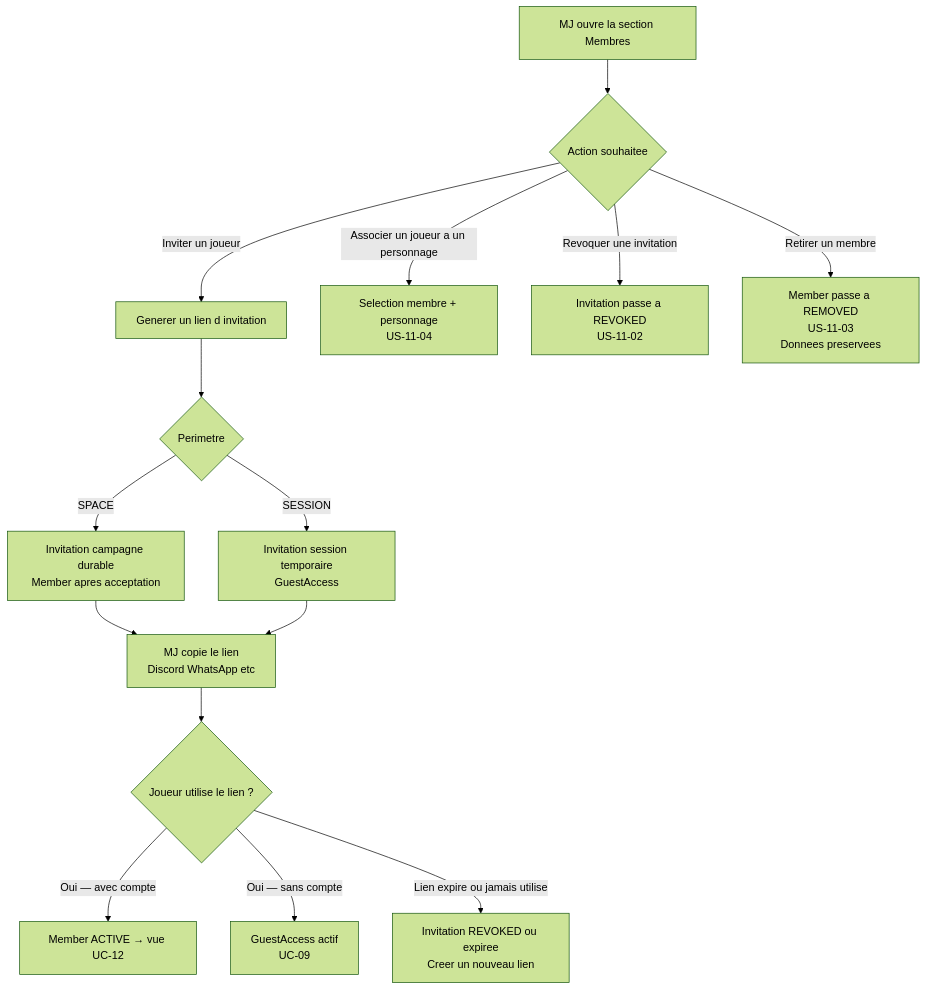
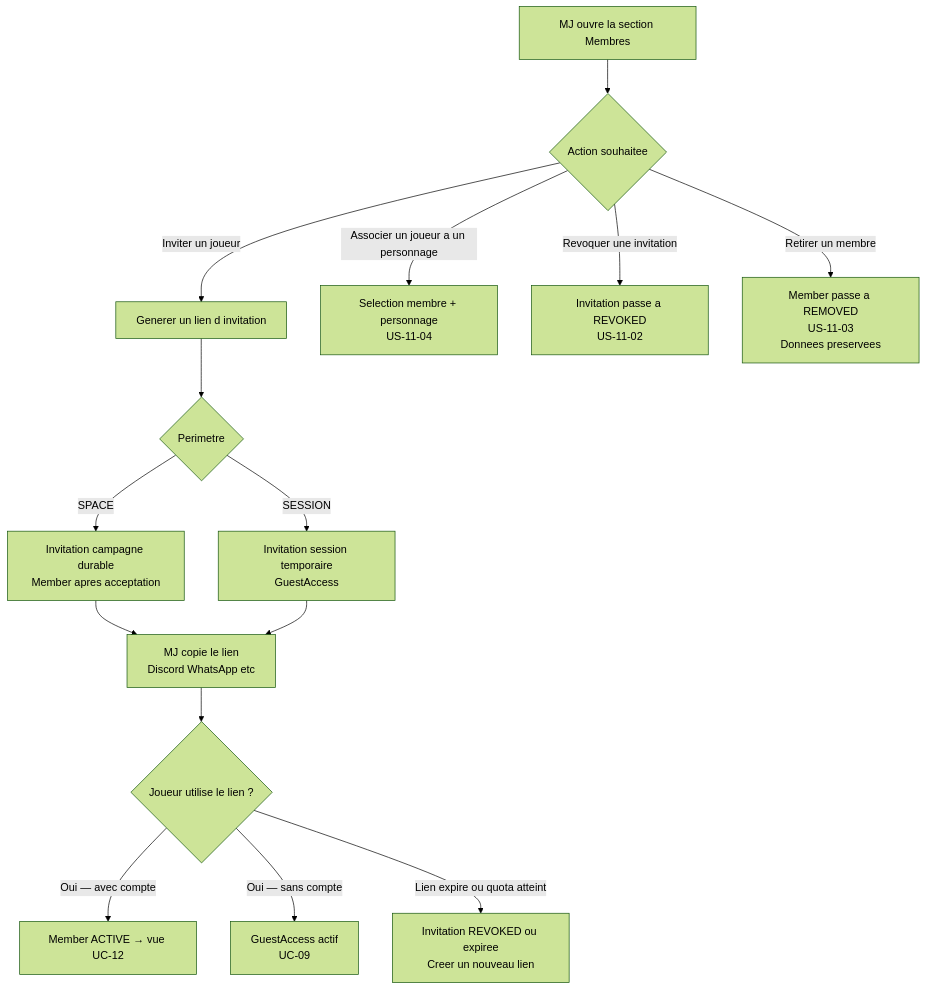
One commit to 2025-10-CDA-ECO-P6/PM-micro-saas changed the first of 2 diagrams in docs/besoin/stories/US-UC-11-gerer-membres-espace-partage.md. Above: the diagram before and after it, drawn with Mermaid (forest theme). The commit also changed 4 other files, not shown here.

First line of the commit message:
docs(stories): aligne les diagrammes des stories sur leurs règles

````diff
--- a/docs/besoin/stories/US-UC-11-gerer-membres-espace-partage.md
+++ b/docs/besoin/stories/US-UC-11-gerer-membres-espace-partage.md
@@ -55,21 +55,21 @@
 ```mermaid
 flowchart TD
     MJ[MJ ouvre la section Membres] --> A{Action souhaitee}
 
     A -->|Inviter un joueur| B[Generer un lien d invitation]
     B --> C{Perimetre}
     C -->|SPACE| D[Invitation campagne durable\nMember apres acceptation]
     C -->|SESSION| E[Invitation session temporaire\nGuestAccess]
 
     D --> F[MJ copie le lien\nDiscord WhatsApp etc]
     E --> F
 
     F --> G{Joueur utilise le lien ?}
     G -->|Oui — avec compte| H[Member ACTIVE → vue UC-12]
     G -->|Oui — sans compte| I[GuestAccess actif\nUC-09]
-    G -->|Lien expire ou jamais utilise| J[Invitation REVOKED ou expiree\nCreer un nouveau lien]
+    G -->|Lien expire ou quota atteint| J[Invitation REVOKED ou expiree\nCreer un nouveau lien]
 
     A -->|Associer un joueur a un personnage| K[Selection membre + personnage\nUS-11-04]
     A -->|Revoquer une invitation| L[Invitation passe a REVOKED\nUS-11-02]
     A -->|Retirer un membre| M[Member passe a REMOVED\nUS-11-03\nDonnees preservees]
 ```
````
